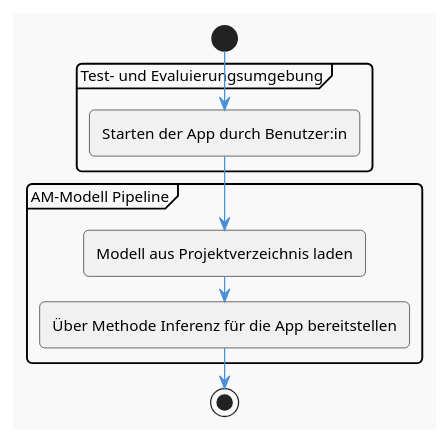
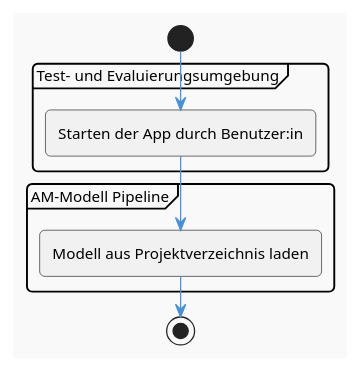
The diagram in documentation/model/act-laden.plantuml (felixdrescher/german_am_modell), drawn with PlantUML before and after one commit. The commit also changed 7 other files, not shown here.

```diff
--- a/documentation/model/act-laden.plantuml
+++ b/documentation/model/act-laden.plantuml
@@ -1,29 +1,28 @@
 @startuml Activity Diagram: Modell laden
 !theme mars
 
 skinparam defaultFontName Arial
 skinparam defaultFontSize 12
 skinparam roundcorner 8
 
 skinparam arrow {
     Color #4A90D9
 }
 
 start
 
 partition "Test- und Evaluierungsumgebung" {
 
     :Starten der App durch Benutzer:in;
 }
 
 
 partition "AM-Modell Pipeline" {
 
     :Modell aus Projektverzeichnis laden;
-    :Über Methode Inferenz für die App bereitstellen;
 }
 
 
 stop
 
 @enduml
```
